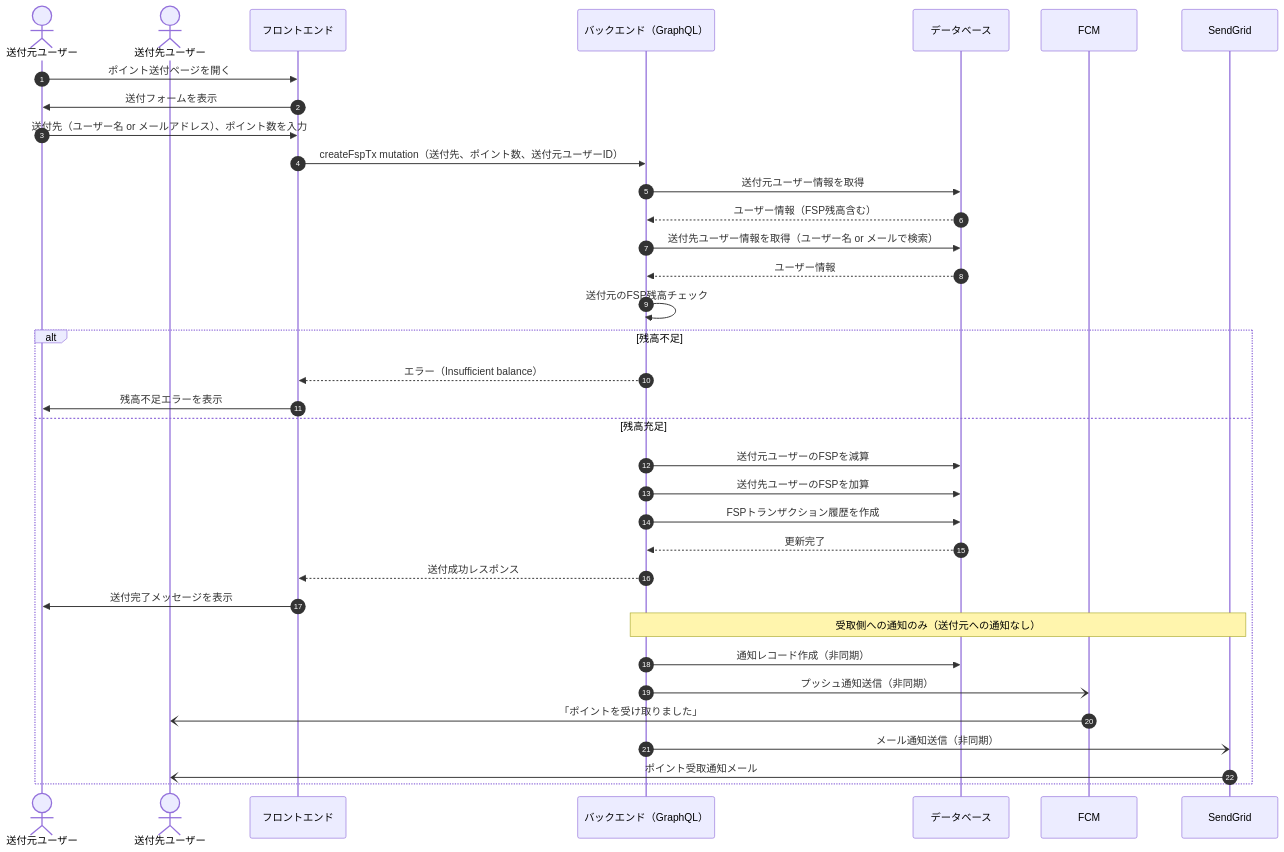
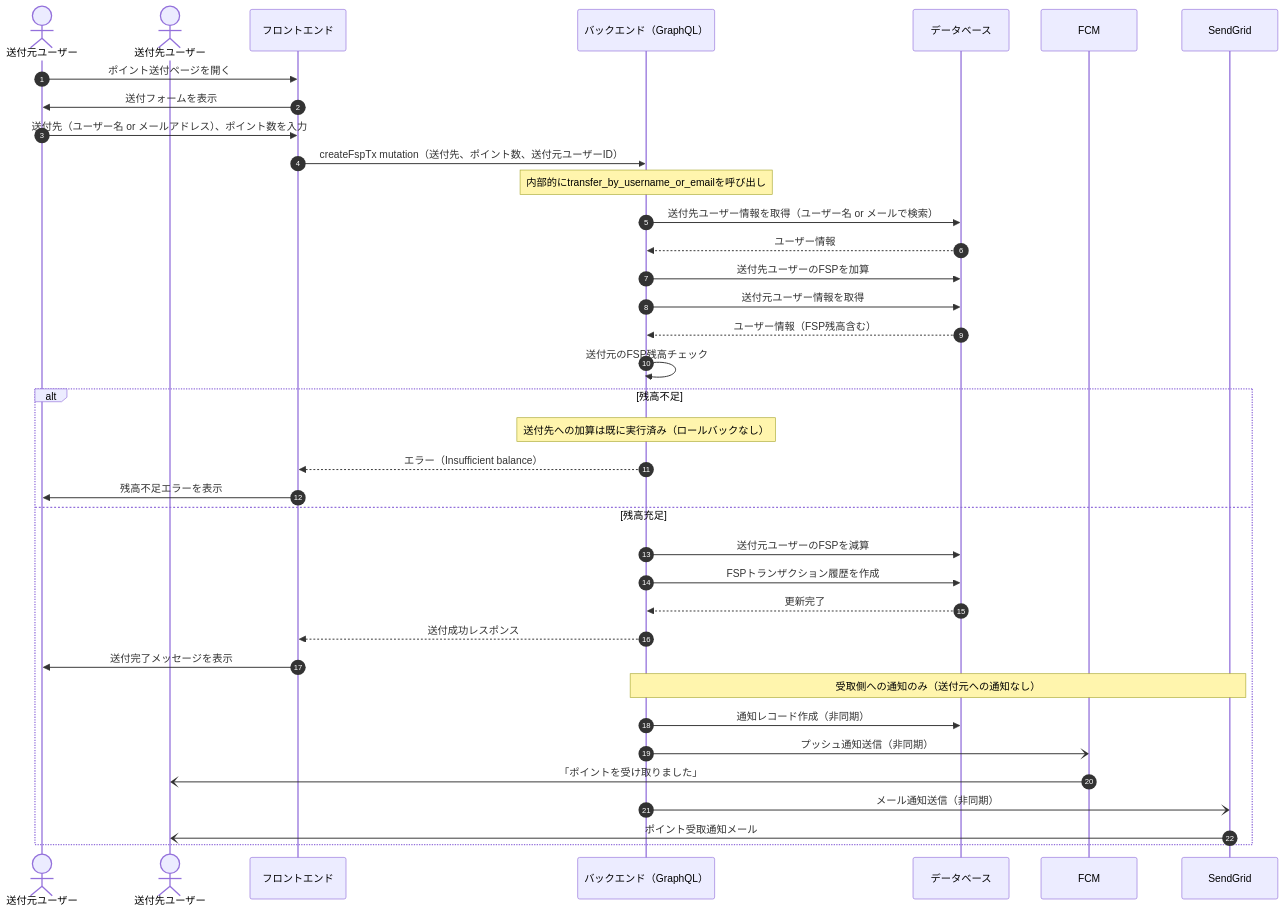
Before and after one commit to sc-hosokawa/frienda: the fifth of 13 diagrams in docs/sequence-diagrams.md, drawn with Mermaid. The commit also changed other lines of this file, not shown here.

Commit message:
docs: ポイント送付フローの処理順序を実装に合わせて修正
createFspTx mutationはtransfer_by_username_or_emailを呼び出しており、
処理順序は:
1. 送付先ユーザーのFSP加算（先に実行）
2. 送付元ユーザーの残高チェック・FSP減算（後に実行）

図の「残高チェック→減算→加算」を実装通りの順序に修正。
残高不足時に送付先への加算がロールバックされない点もNoteで明記。

````diff
--- a/docs/sequence-diagrams.md
+++ b/docs/sequence-diagrams.md
@@ -224,44 +224,48 @@
 ```mermaid
 sequenceDiagram
     autonumber
 
     actor 送付元ユーザー
     actor 送付先ユーザー
     participant フロントエンド
     participant バックエンド as バックエンド（GraphQL）
     participant データベース
     participant FCM
     participant SendGrid
 
     送付元ユーザー->>フロントエンド: ポイント送付ページを開く
     フロントエンド->>送付元ユーザー: 送付フォームを表示
 
     送付元ユーザー->>フロントエンド: 送付先（ユーザー名 or メールアドレス）、ポイント数を入力
     フロントエンド->>バックエンド: createFspTx mutation（送付先、ポイント数、送付元ユーザーID）
+    Note over バックエンド: 内部的にtransfer_by_username_or_emailを呼び出し
 
+    %% 1. 送付先のFSP加算が先に実行される
+    バックエンド->>データベース: 送付先ユーザー情報を取得（ユーザー名 or メールで検索）
+    データベース-->>バックエンド: ユーザー情報
+    バックエンド->>データベース: 送付先ユーザーのFSPを加算
+
+    %% 2. その後、送付元の残高チェック・減算
     バックエンド->>データベース: 送付元ユーザー情報を取得
     データベース-->>バックエンド: ユーザー情報（FSP残高含む）
-    バックエンド->>データベース: 送付先ユーザー情報を取得（ユーザー名 or メールで検索）
-    データベース-->>バックエンド: ユーザー情報
-
     バックエンド->>バックエンド: 送付元のFSP残高チェック
 
     alt 残高不足
+        Note over バックエンド: 送付先への加算は既に実行済み（ロールバックなし）
         バックエンド-->>フロントエンド: エラー（Insufficient balance）
         フロントエンド->>送付元ユーザー: 残高不足エラーを表示
     else 残高充足
         バックエンド->>データベース: 送付元ユーザーのFSPを減算
-        バックエンド->>データベース: 送付先ユーザーのFSPを加算
         バックエンド->>データベース: FSPトランザクション履歴を作成
         データベース-->>バックエンド: 更新完了
         バックエンド-->>フロントエンド: 送付成功レスポンス
         フロントエンド->>送付元ユーザー: 送付完了メッセージを表示
 
         Note over バックエンド, SendGrid: 受取側への通知のみ（送付元への通知なし）
         バックエンド->>データベース: 通知レコード作成（非同期）
         バックエンド-)FCM: プッシュ通知送信（非同期）
         FCM-)送付先ユーザー: 「ポイントを受け取りました」
         バックエンド-)SendGrid: メール通知送信（非同期）
         SendGrid-)送付先ユーザー: ポイント受取通知メール
     end
 ```
````
